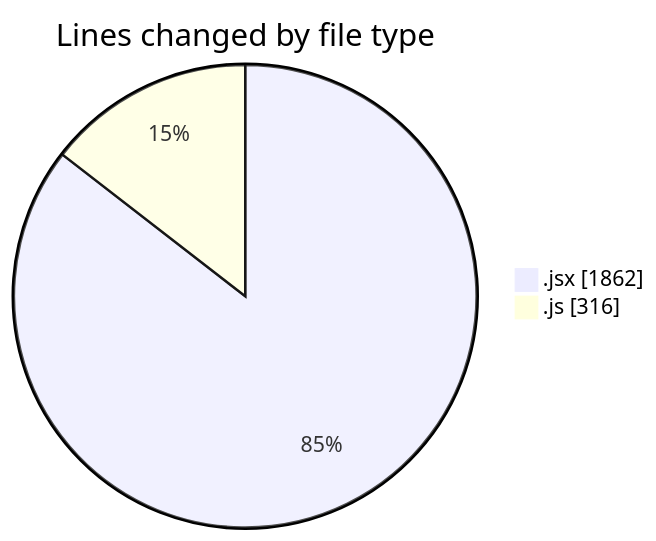
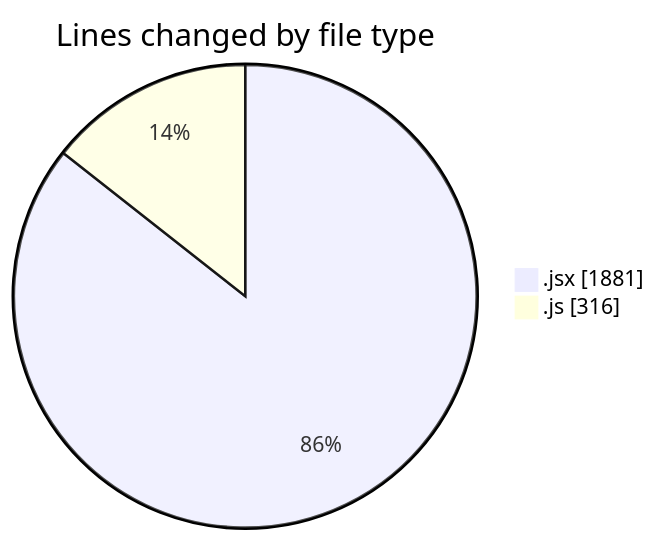
One commit to nxtqubesakshisongat/code-tracking changed the first of 2 diagrams in 2025-07-13/argos/README.md. Above: the diagram before and after it, drawn with Mermaid. The commit also changed other lines of this file and 1 other file, not shown here.

````diff
--- a/2025-07-13/argos/README.md
+++ b/2025-07-13/argos/README.md
@@ -21,6 +21,6 @@
 ```mermaid
 pie showData
 title Lines changed by file type
-".jsx" : 1862
+".jsx" : 1881
 ".js" : 316
 ```
````
